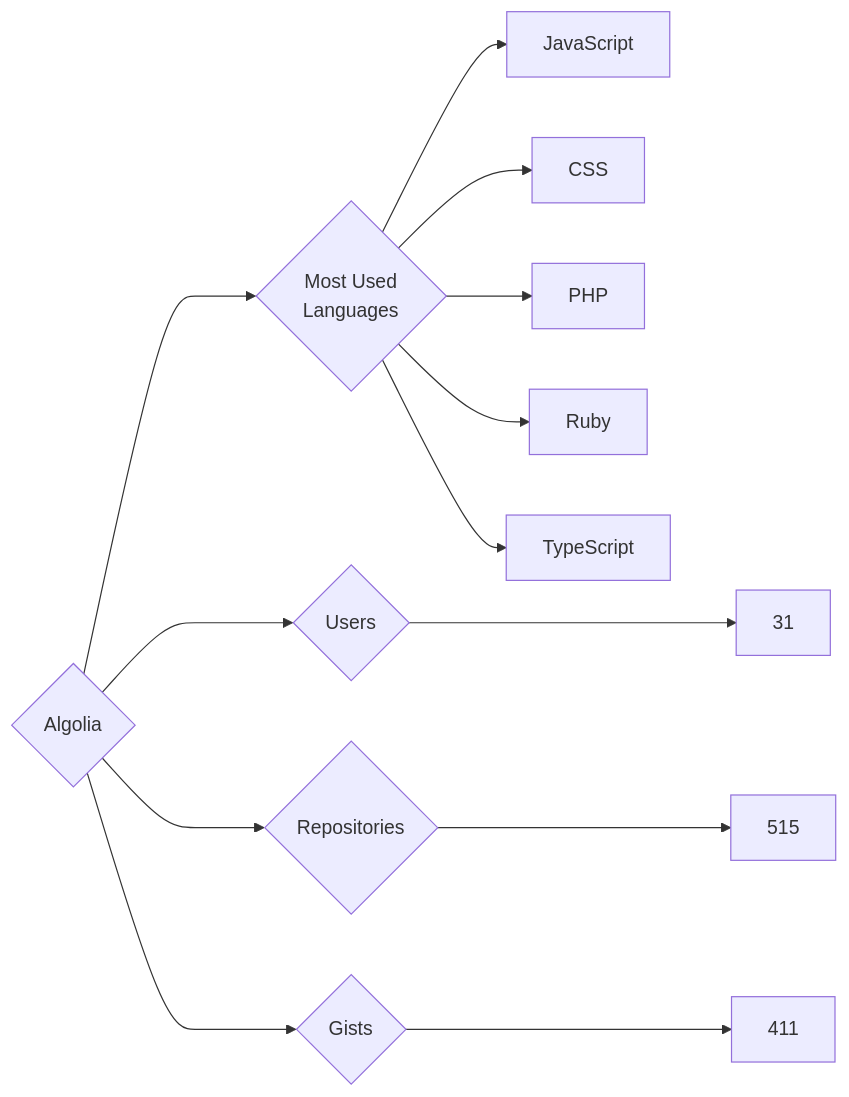
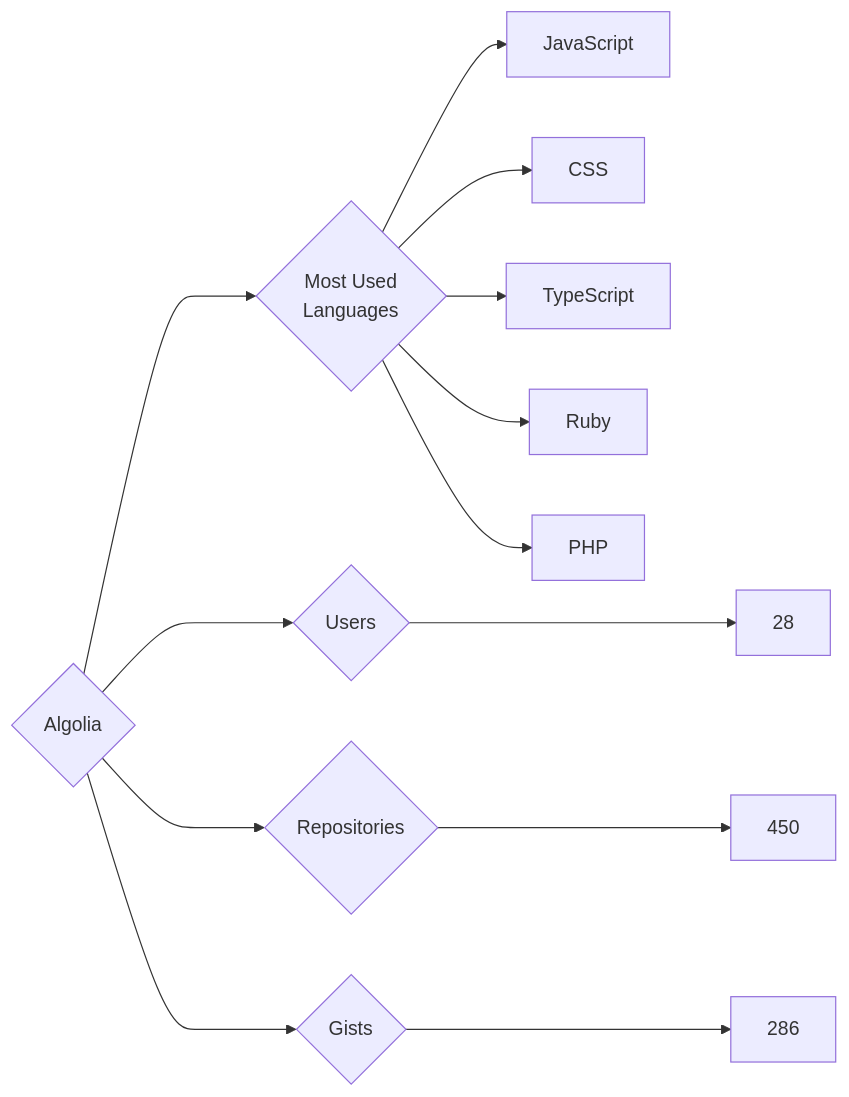
The diagram in targets/Algolia/README.md (trickest/insiders), drawn with Mermaid before and after one commit. The commit also changed 826 other files, not shown here.

````diff
--- a/targets/Algolia/README.md
+++ b/targets/Algolia/README.md
@@ -3,13 +3,13 @@
 ```mermaid
 graph LR
 COMPANY_NAME{Algolia}
-COMPANY_NAME ---> U{Users} ---> UN[31]
-COMPANY_NAME ---> R{Repositories} ---> RN[515]
-COMPANY_NAME ---> G{Gists} ---> GN[411]
+COMPANY_NAME ---> U{Users} ---> UN[28]
+COMPANY_NAME ---> R{Repositories} ---> RN[450]
+COMPANY_NAME ---> G{Gists} ---> GN[286]
 COMPANY_NAME ---> ML{Most Used<br>Languages}
 ML --> JavaScript[JavaScript]
 ML --> CSS[CSS]
+ML --> TypeScript[TypeScript]
+ML --> Ruby[Ruby]
 ML --> PHP[PHP]
-ML --> Ruby[Ruby]
-ML --> TypeScript[TypeScript]
 ```
````
